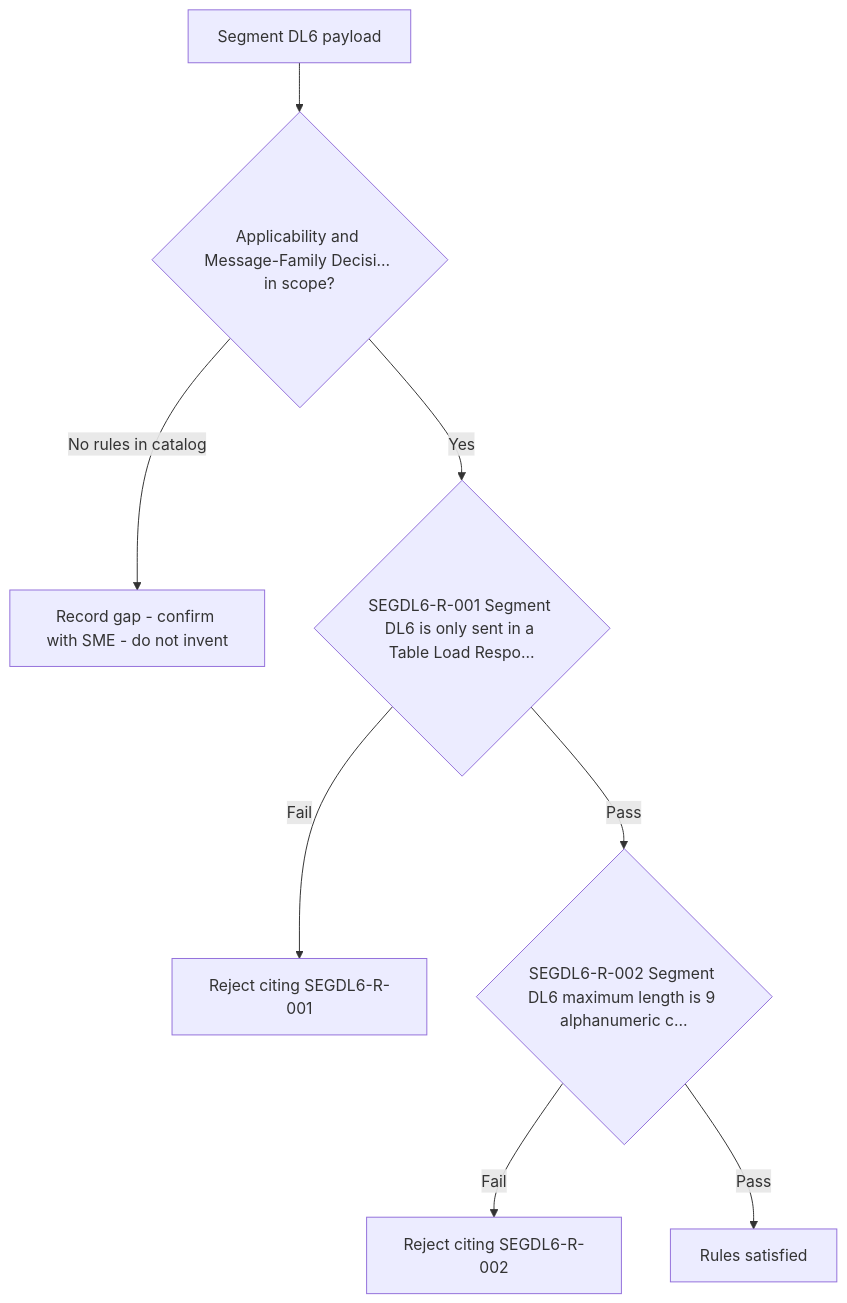
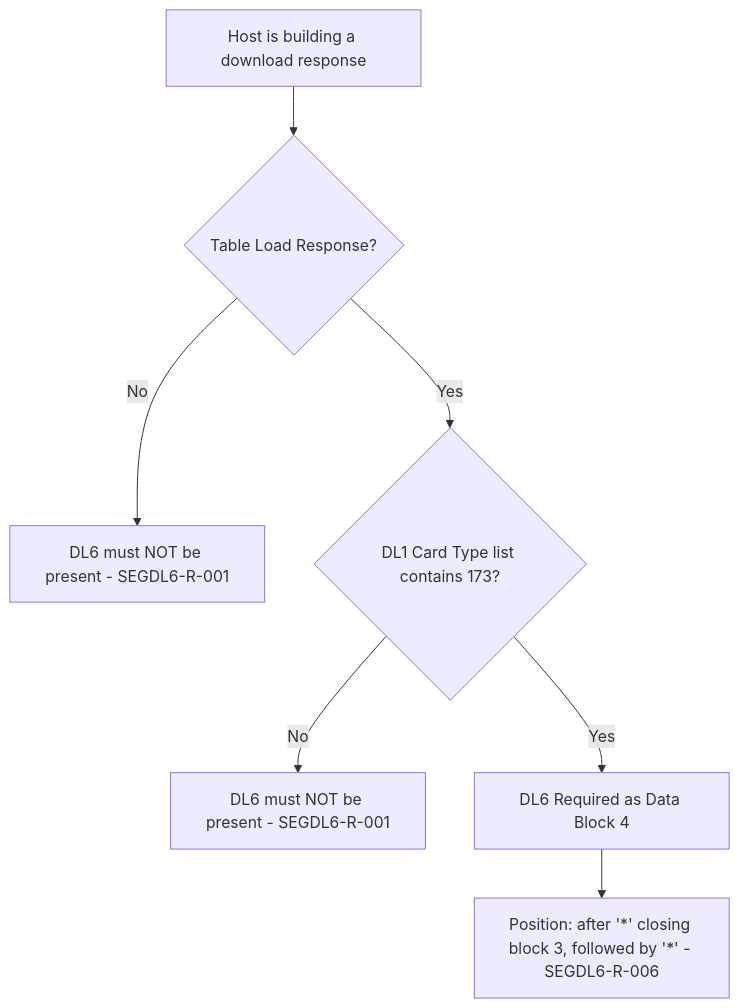
One commit to DhanSingh-hub/core-auth-ai-validation-framework changed the diagram in regression-artifact-validator/specifications/ATL105/docs/specs/kb/segment-DL6/applicability-decision-flow.md. Above: the diagram before and after it, drawn with Mermaid. The commit also changed other lines of this file and 28 other files, not shown here.

First line of the commit message:
docs(segment-DL6): retrain KB module against Segment 100 and the 11.7.1.2 Table Load Data Block 4

````diff
--- a/regression-artifact-validator/specifications/ATL105/docs/specs/kb/segment-DL6/applicability-decision-flow.md
+++ b/regression-artifact-validator/specifications/ATL105/docs/specs/kb/segment-DL6/applicability-decision-flow.md
@@ -3,10 +3,9 @@
 ```mermaid
 flowchart TD
-    A[Segment DL6 payload] --> B{Applicability and Message-Family Decisi… in scope?}
-    B -->|No rules in catalog| G[Record gap - confirm with SME - do not invent]
-    B -->|Yes| R1{SEGDL6-R-001 Segment DL6 is only sent in a Table Load Respo…}
-    R1 -->|Fail| X1[Reject citing SEGDL6-R-001]
-    R1 -->|Pass| R2{SEGDL6-R-002 Segment DL6 maximum length is 9 alphanumeric c…}
-    R2 -->|Fail| X2[Reject citing SEGDL6-R-002]
-    R2 -->|Pass| Z[Rules satisfied]
+    A[Host is building a download response] --> B{Table Load Response?}
+    B -->|No| N1[DL6 must NOT be present - SEGDL6-R-001]
+    B -->|Yes| C{DL1 Card Type list contains 173?}
+    C -->|No| N2[DL6 must NOT be present - SEGDL6-R-001]
+    C -->|Yes| D[DL6 Required as Data Block 4]
+    D --> E["Position: after '*' closing block 3, followed by '*' - SEGDL6-R-006"]
 ```
````
